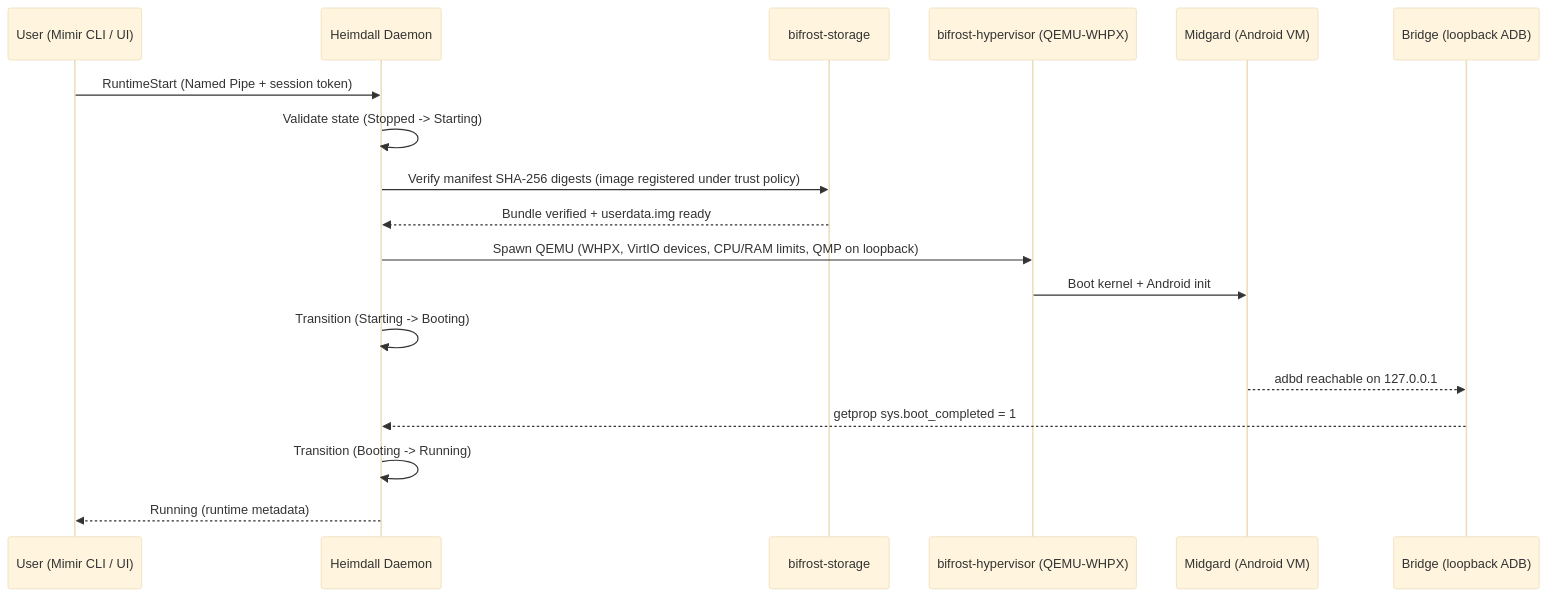
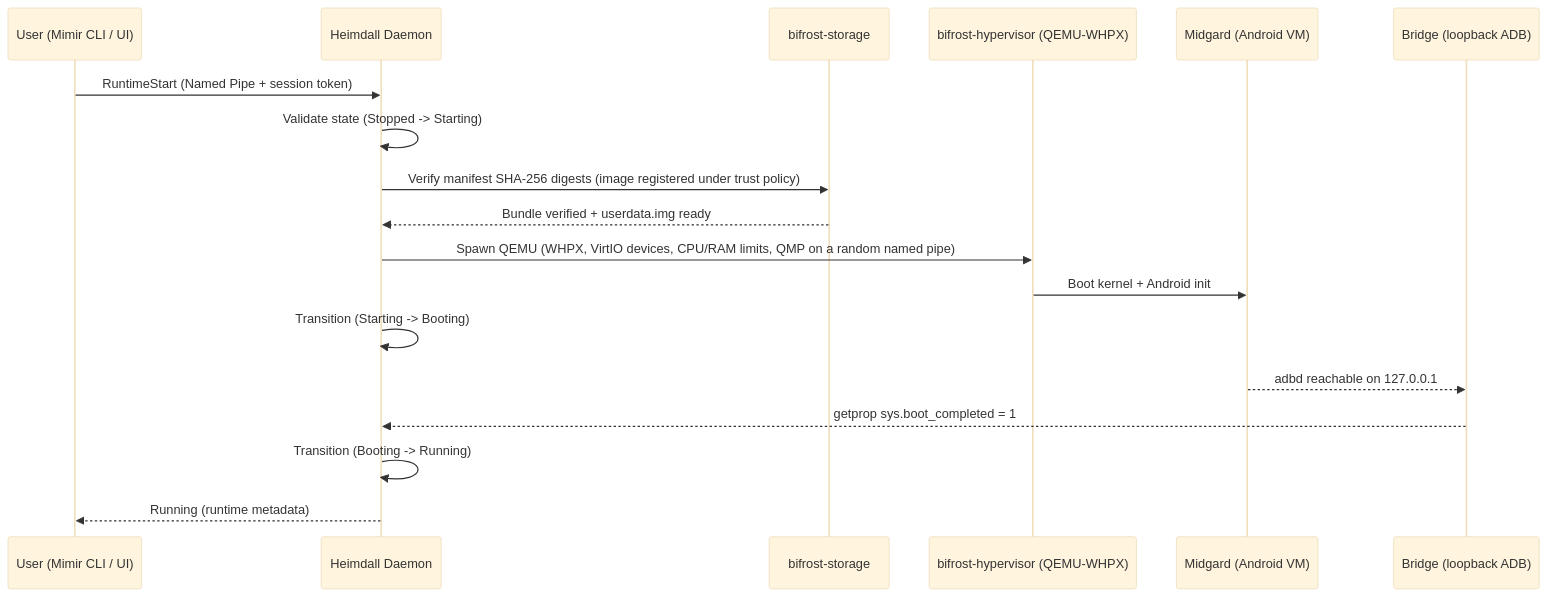
One commit to kiramman-mp3/bifrost changed the second of 2 diagrams in ARCHITECTURE.md. Above: the diagram before and after it, drawn with Mermaid (base theme). The commit also changed other lines of this file and 4 other files, not shown here.

Commit message:
docs: document QMP named pipe and stdin clipboard hardening

````diff
--- a/ARCHITECTURE.md
+++ b/ARCHITECTURE.md
@@ -109,21 +109,21 @@
 ```mermaid
 sequenceDiagram
     participant User as User (Mimir CLI / UI)
     participant Heimdall as Heimdall Daemon
     participant Storage as bifrost-storage
     participant Hypervisor as bifrost-hypervisor (QEMU-WHPX)
     participant Midgard as Midgard (Android VM)
     participant Bridge as Bridge (loopback ADB)
 
     User->>Heimdall: RuntimeStart (Named Pipe + session token)
     Heimdall->>Heimdall: Validate state (Stopped -> Starting)
     Heimdall->>Storage: Verify manifest SHA-256 digests (image registered under trust policy)
     Storage-->>Heimdall: Bundle verified + userdata.img ready
-    Heimdall->>Hypervisor: Spawn QEMU (WHPX, VirtIO devices, CPU/RAM limits, QMP on loopback)
+    Heimdall->>Hypervisor: Spawn QEMU (WHPX, VirtIO devices, CPU/RAM limits, QMP on a random named pipe)
     Hypervisor->>Midgard: Boot kernel + Android init
     Heimdall->>Heimdall: Transition (Starting -> Booting)
     Midgard-->>Bridge: adbd reachable on 127.0.0.1
     Bridge-->>Heimdall: getprop sys.boot_completed = 1
     Heimdall->>Heimdall: Transition (Booting -> Running)
     Heimdall-->>User: Running (runtime metadata)
 ```
````
